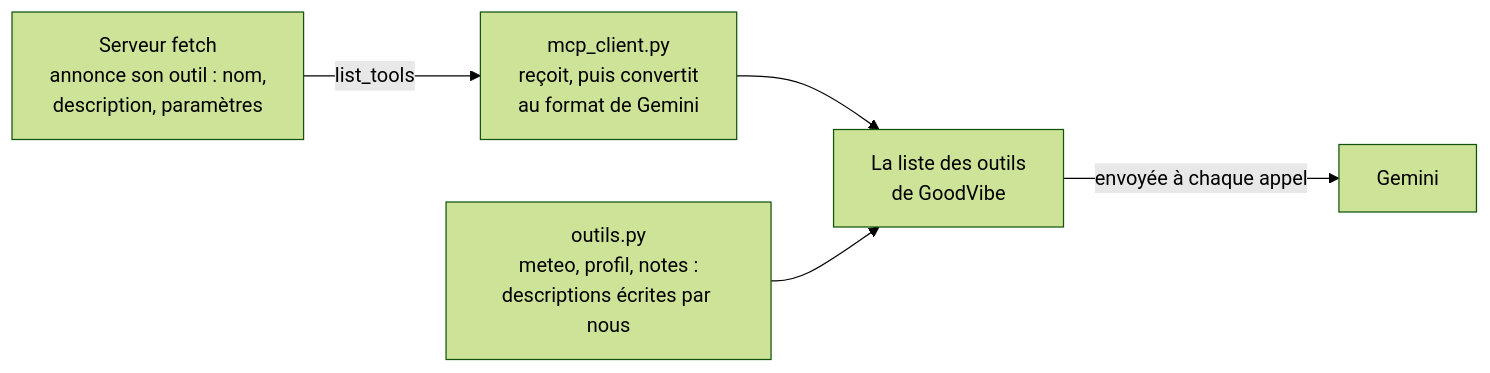
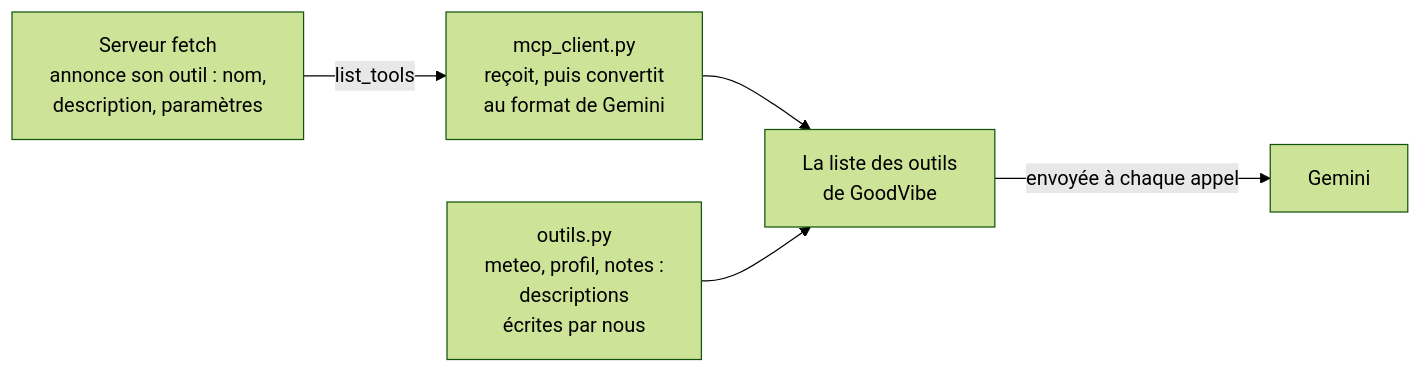
Diagram 26 of 42 in tuto-goodvibe-vibecoding.md (lecinquiemejour-code/goodvibe-tuto), drawn with Mermaid (forest theme) before and after one commit. The commit also changed other lines of this file and 1 other file, not shown here.

First line of the commit message:
fix(tuto, readme): lignes des boîtes redécoupées dans tous les diagrammes, pour ne plus être coupées sur GitHub

````diff
--- a/tuto-goodvibe-vibecoding.md
+++ b/tuto-goodvibe-vibecoding.md
@@ -1265,7 +1265,7 @@
 ```mermaid
 flowchart LR
     S["Serveur fetch<br/>annonce son outil : nom,<br/>description, paramètres"] -- "list_tools" --> C["mcp_client.py<br/>reçoit, puis convertit<br/>au format de Gemini"]
     C --> L["La liste des outils<br/>de GoodVibe"]
-    O["outils.py<br/>meteo, profil, notes :<br/>descriptions écrites par nous"] --> L
+    O["outils.py<br/>meteo, profil, notes :<br/>descriptions<br/>écrites par nous"] --> L
     L -- "envoyée à chaque appel" --> G["Gemini"]
 ```
````
